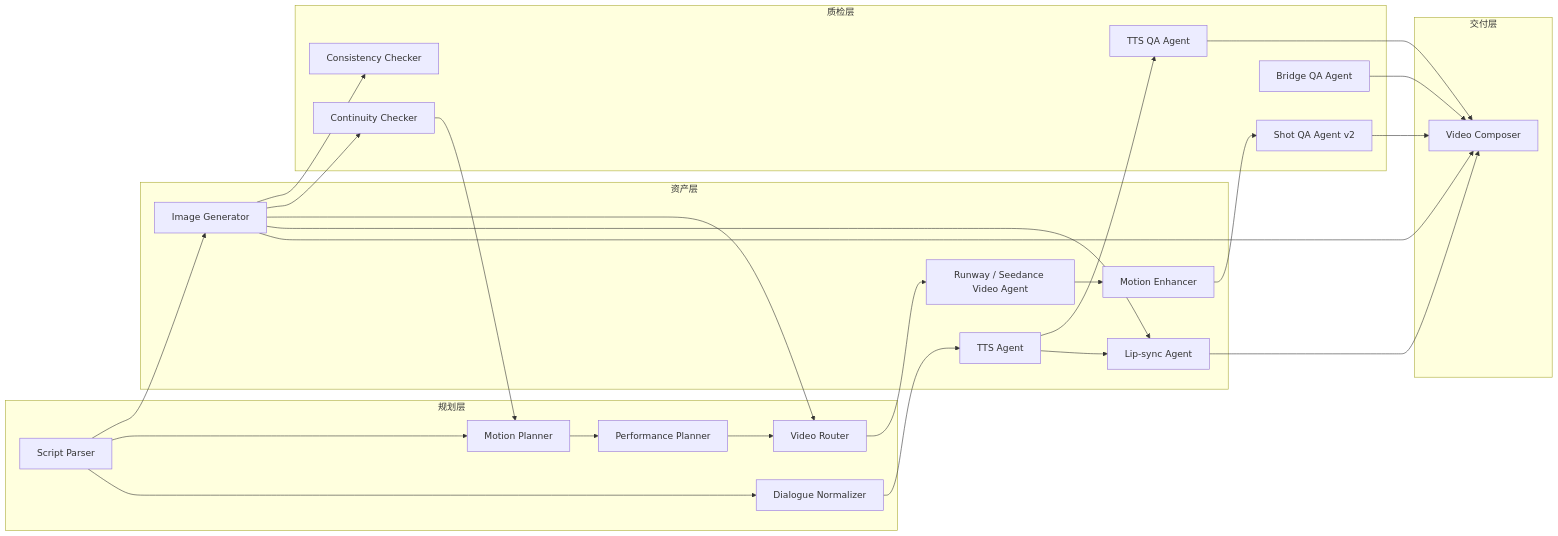
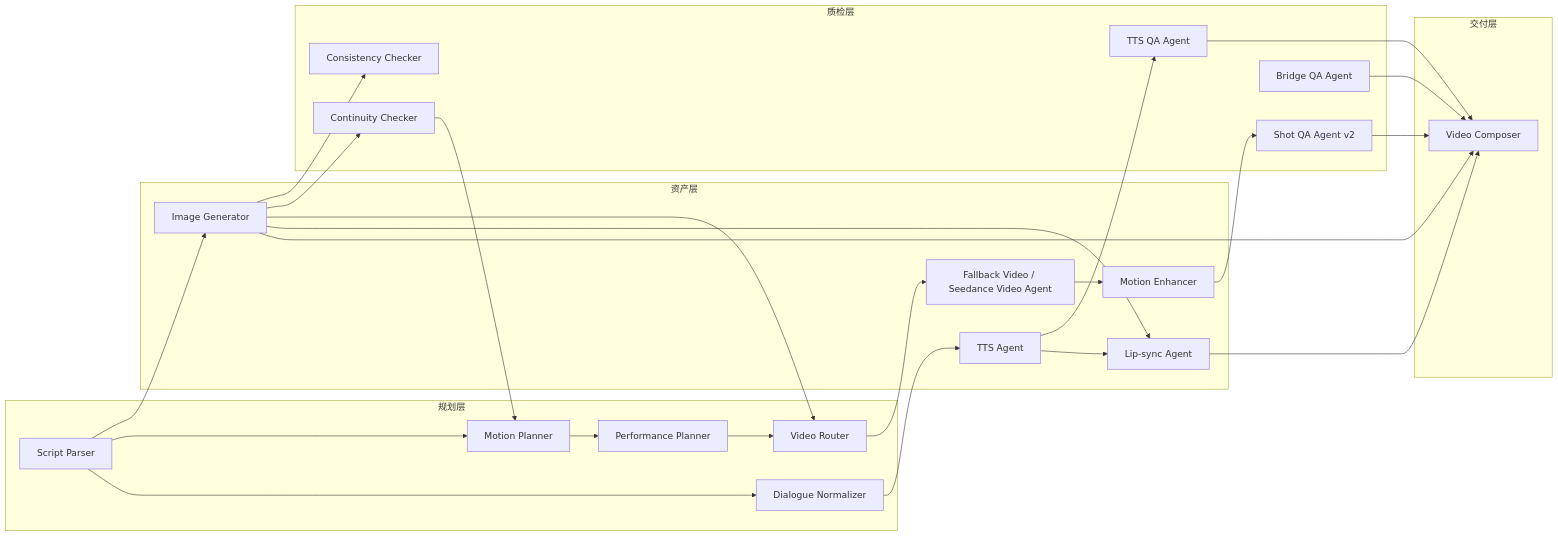
Before and after one commit to OliverPanda/AI-video-factory-pro: the second of 3 diagrams in docs/agents/agent-io-map.md, drawn with Mermaid. The commit also changed other lines of this file and 63 other files, not shown here.

First line of the commit message:
完成 fallback video 通用化接入与 sequence QA/续跑收口

````diff
--- a/docs/agents/agent-io-map.md
+++ b/docs/agents/agent-io-map.md
@@ -58,52 +58,52 @@
 ```mermaid
 flowchart LR
     subgraph Planning[规划层]
         SP[Script Parser]
         MP[Motion Planner]
         PP[Performance Planner]
         VR[Video Router]
         DN[Dialogue Normalizer]
     end
 
     subgraph Asset[资产层]
         IG[Image Generator]
-        RV[Runway / Seedance Video Agent]
+        RV[Fallback Video / Seedance Video Agent]
         ME[Motion Enhancer]
         TTS[TTS Agent]
         LS[Lip-sync Agent]
     end
 
     subgraph QA[质检层]
         CC[Consistency Checker]
         CQ[Continuity Checker]
         SQ[Shot QA Agent v2]
         BQ[Bridge QA Agent]
         TQ[TTS QA Agent]
     end
 
     subgraph Delivery[交付层]
         VC[Video Composer]
     end
 
     SP --> IG
     IG --> CC
     IG --> CQ
     SP --> MP
     CQ --> MP
     MP --> PP
     PP --> VR
     IG --> VR
     VR --> RV
     RV --> ME
     ME --> SQ
     SP --> DN
     DN --> TTS
     TTS --> TQ
     IG --> LS
     TTS --> LS
     SQ --> VC
     BQ --> VC
     LS --> VC
     IG --> VC
     TQ --> VC
 ```
````
